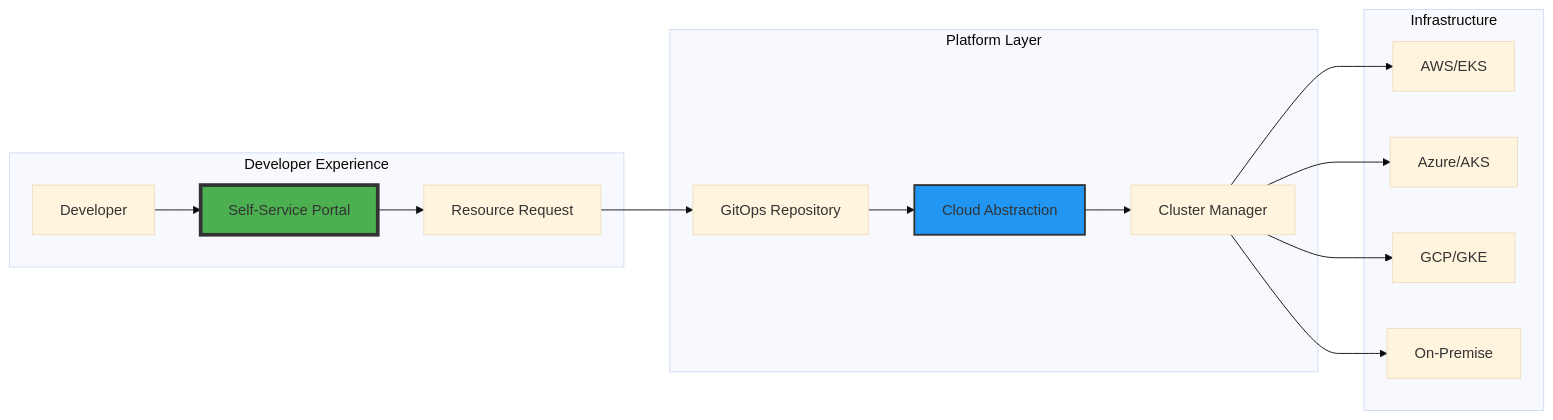
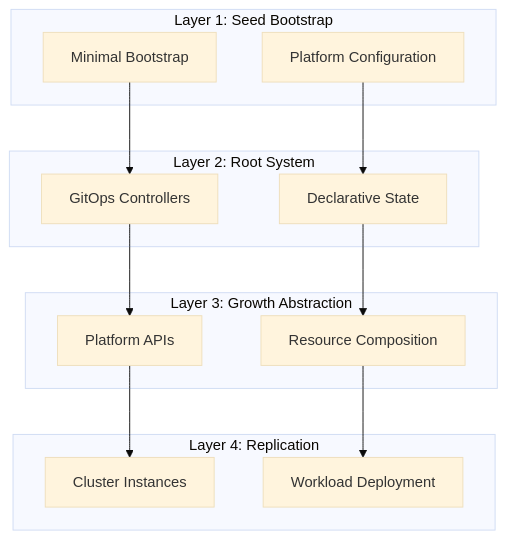
Before and after one commit to cgoolsby/cgoolsby.github.io: the first of 6 diagrams in content/posts/blog-post-k8s-hyperscalar-architecture.md, drawn with Mermaid (base theme). The commit also changed other lines of this file, not shown here.

````diff
--- a/content/posts/blog-post-k8s-hyperscalar-architecture.md
+++ b/content/posts/blog-post-k8s-hyperscalar-architecture.md
@@ -18,34 +20,29 @@
 ```mermaid
-graph LR
-    subgraph "Developer Experience"
-        Dev[Developer]
-        Portal[Self-Service Portal]
-        Request[Resource Request]
+graph TB
+    subgraph "Layer 1: Seed Bootstrap"
+        Boot[Minimal Bootstrap]
+        DNA[Platform Configuration]
     end
     
-    subgraph "Platform Layer"
-        Git[GitOps Repository]
-        Abstraction[Cloud Abstraction]
-        Lifecycle[Cluster Manager]
+    subgraph "Layer 2: Root System"
+        GitOps[GitOps Controllers]
+        State[Declarative State]
     end
     
-    subgraph "Infrastructure"
-        AWS[AWS/EKS]
-        Azure[Azure/AKS]
-        GCP[GCP/GKE]
-        OnPrem[On-Premise]
+    subgraph "Layer 3: Growth Abstraction"
+        API[Platform APIs]
+        Compose[Resource Composition]
     end
     
-    Dev --> Portal
-    Portal --> Request
-    Request --> Git
-    Git --> Abstraction
-    Abstraction --> Lifecycle
-    Lifecycle --> AWS
-    Lifecycle --> Azure
-    Lifecycle --> GCP
-    Lifecycle --> OnPrem
+    subgraph "Layer 4: Replication"
+        Clusters[Cluster Instances]
+        Workloads[Workload Deployment]
+    end
     
-    style Portal fill:#4CAF50,stroke:#333,stroke-width:4px
-    style Abstraction fill:#2196F3,stroke:#333,stroke-width:2px
+    Boot --> GitOps
+    DNA --> State
+    GitOps --> API
+    State --> Compose
+    API --> Clusters
+    Compose --> Workloads
 ```
````
